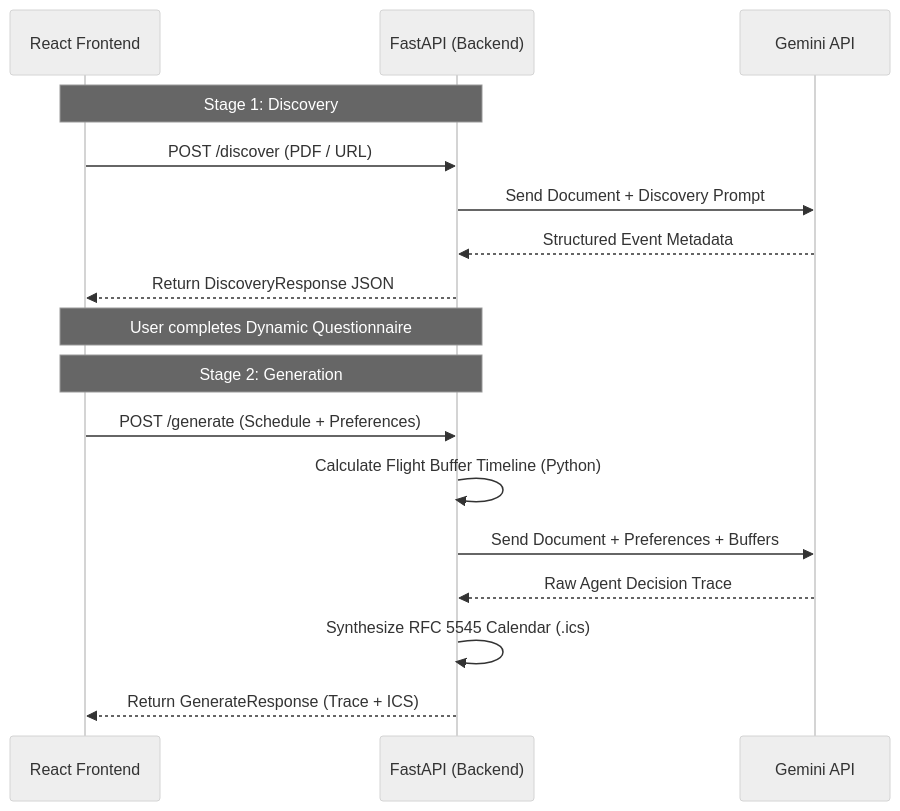
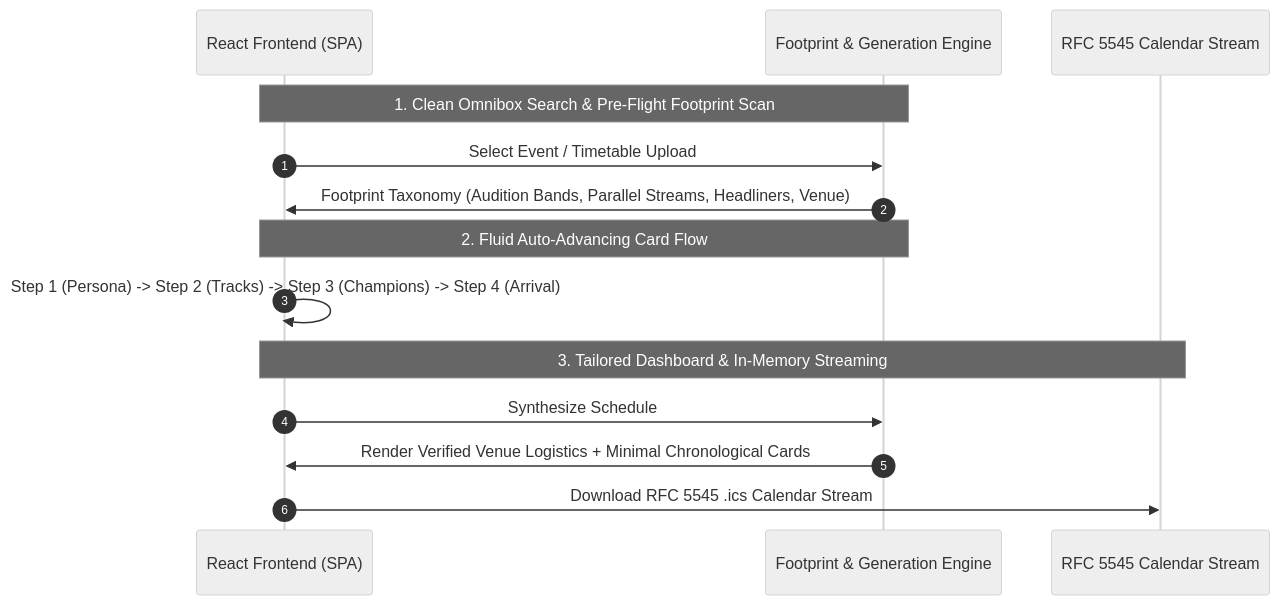
One commit to arii/tech-dancer changed the diagram in content/posts/2026-08-28-wcs-navigator-architecture.md. Above: the diagram before and after it, drawn with Mermaid (neutral theme). The commit also changed other lines of this file and 26 other files, not shown here.

Commit message:
feat(wcs-navigator): implement deterministic schedule rule engine, Gemini 3.5 Flash upgrade, and Boogie by the Bay schedule integration

````diff
--- a/content/posts/2026-08-28-wcs-navigator-architecture.md
+++ b/content/posts/2026-08-28-wcs-navigator-architecture.md
@@ -41,22 +90,19 @@
 ```mermaid
 sequenceDiagram
-    participant UI as React Frontend
-    participant API as FastAPI (Backend)
-    participant AI as Gemini API
+    autonumber
+    participant UI as React Frontend (SPA)
+    participant Engine as Footprint & Generation Engine
+    participant Cal as RFC 5545 Calendar Stream
 
-    Note over UI,API: Stage 1: Discovery
-    UI->>API: POST /discover (PDF / URL)
-    API->>AI: Send Document + Discovery Prompt
-    AI-->>API: Structured Event Metadata
-    API-->>UI: Return DiscoveryResponse JSON
+    Note over UI,Engine: 1. Clean Omnibox Search & Pre-Flight Footprint Scan
+    UI->>Engine: Select Event / Timetable Upload
+    Engine->>UI: Footprint Taxonomy (Audition Bands, Parallel Streams, Headliners, Venue)
 
-    Note over UI,API: User completes Dynamic Questionnaire
+    Note over UI,Engine: 2. Fluid Auto-Advancing Card Flow
+    UI->>UI: Step 1 (Persona) -> Step 2 (Tracks) -> Step 3 (Champions) -> Step 4 (Arrival)
 
-    Note over UI,API: Stage 2: Generation
-    UI->>API: POST /generate (Schedule + Preferences)
-    API->>API: Calculate Flight Buffer Timeline (Python)
-    API->>AI: Send Document + Preferences + Buffers
-    AI-->>API: Raw Agent Decision Trace
-    API->>API: Synthesize RFC 5545 Calendar (.ics)
-    API-->>UI: Return GenerateResponse (Trace + ICS)
+    Note over UI,Cal: 3. Tailored Dashboard & In-Memory Streaming
+    UI->>Engine: Synthesize Schedule
+    Engine->>UI: Render Verified Venue Logistics + Minimal Chronological Cards
+    UI->>Cal: Download RFC 5545 .ics Calendar Stream
 ```
````
